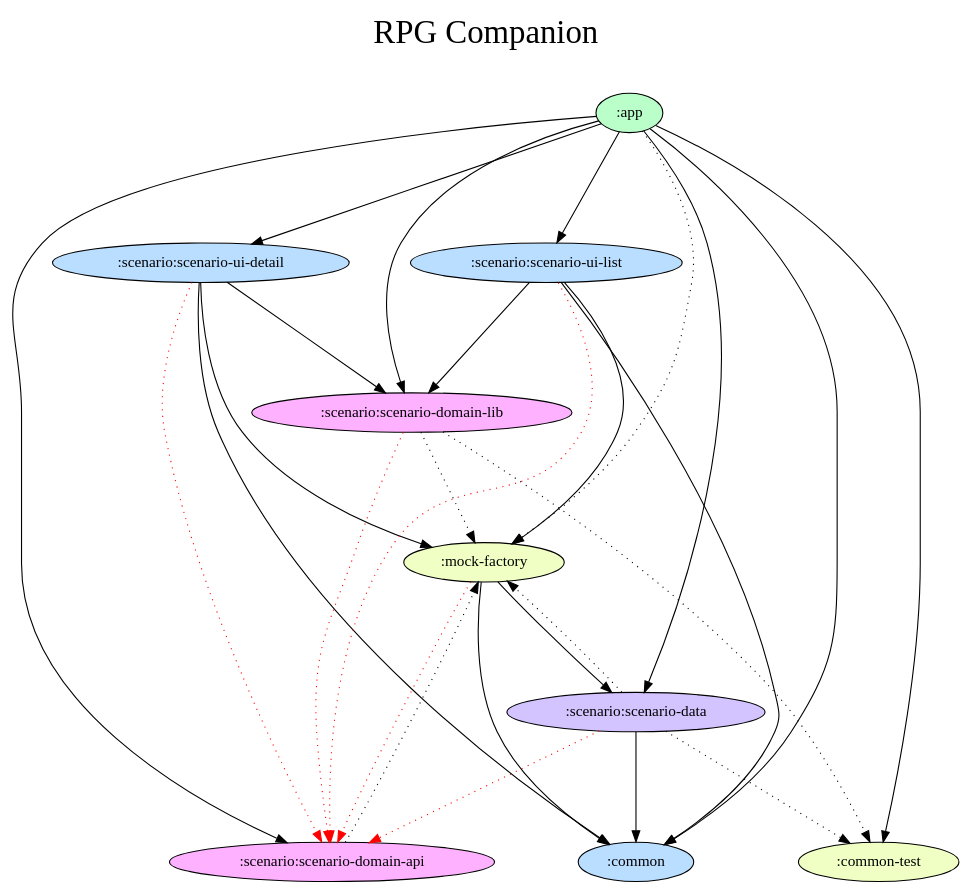
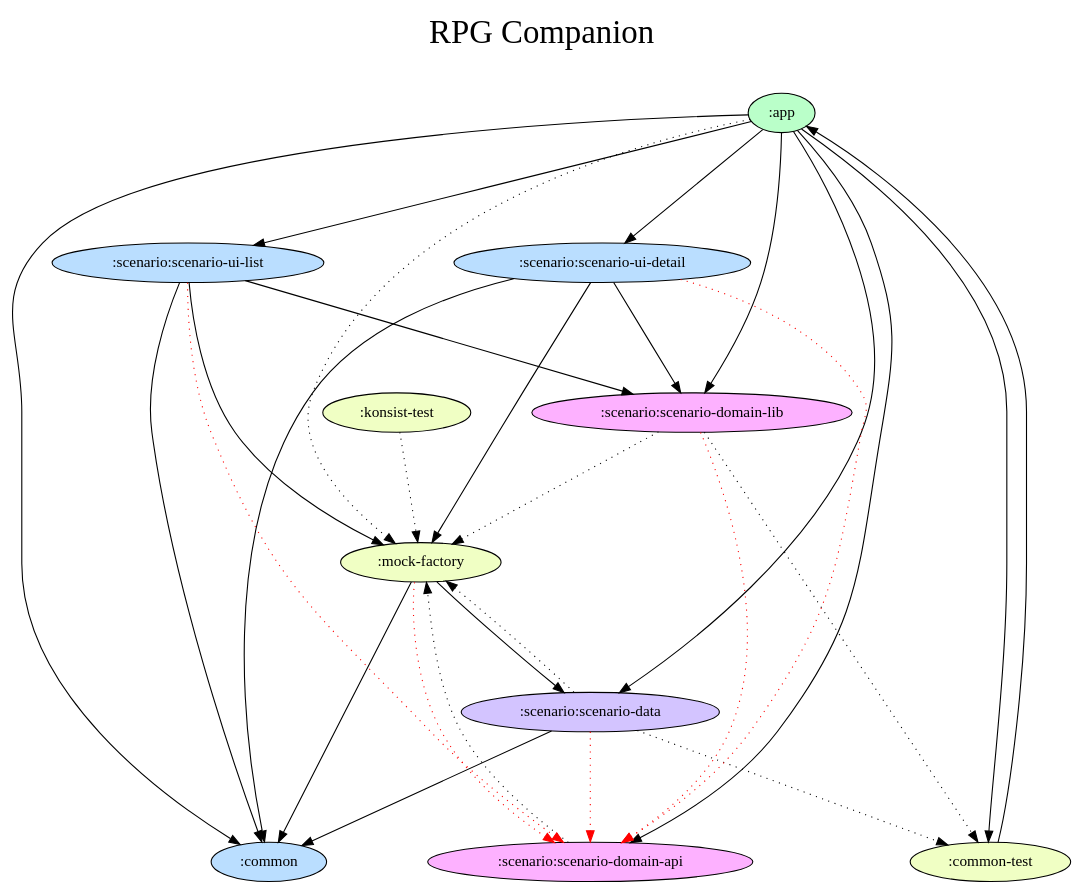
One commit to florentin-v/android-rpg-companion changed the diagram in docs/dependency-graph/project.dot. Above: the diagram before and after it, drawn with Graphviz. The commit also changed 52 other files, not shown here.

```diff
--- a/docs/dependency-graph/project.dot
+++ b/docs/dependency-graph/project.dot
@@ -1,49 +1,52 @@
 digraph {
   graph [label="RPG Companion\n ",labelloc=t,fontsize=30,ranksep=1.4];
   node [style=filled, fillcolor="#bbbbbb"];
   rankdir=TB;
 
   # Projects
 
   ":app" [fillcolor="#baffc9"];
   ":common" [fillcolor="#badeff"];
   ":common-test" [fillcolor="#f0ffc4"];
+  ":konsist-test" [fillcolor="#f0ffc4"];
   ":mock-factory" [fillcolor="#f0ffc4"];
   ":scenario:scenario-data" [fillcolor="#d3c4ff"];
   ":scenario:scenario-domain-api" [fillcolor="#fdb1ff"];
   ":scenario:scenario-domain-lib" [fillcolor="#fdb1ff"];
   ":scenario:scenario-ui-detail" [fillcolor="#badeff"];
   ":scenario:scenario-ui-list" [fillcolor="#badeff"];
 
   {rank = same;}
 
   # Dependencies
 
   ":app" -> ":common" [style=filled, style=filled]
+  ":app" -> ":mock-factory" [style=filled, style=dotted]
   ":app" -> ":scenario:scenario-data" [style=filled, style=filled]
   ":app" -> ":scenario:scenario-domain-lib" [style=filled, style=filled]
   ":app" -> ":scenario:scenario-ui-detail" [style=filled, style=filled]
   ":app" -> ":scenario:scenario-ui-list" [style=filled, style=filled]
   ":app" -> ":common-test" [style=filled]
   ":app" -> ":scenario:scenario-domain-api" [style=filled]
-  ":app" -> ":mock-factory" [style=dotted]
+  ":common-test" -> ":app" [style=filled]
   ":mock-factory" -> ":scenario:scenario-domain-api" [color=red,style=dotted]
   ":mock-factory" -> ":common" [style=filled]
   ":mock-factory" -> ":scenario:scenario-data" [style=filled]
+  ":konsist-test" -> ":mock-factory" [style=dotted]
   ":scenario:scenario-domain-api" -> ":mock-factory" [style=dotted]
   ":scenario:scenario-ui-list" -> ":scenario:scenario-domain-api" [color=red,style=dotted]
   ":scenario:scenario-ui-list" -> ":common" [style=filled]
   ":scenario:scenario-ui-list" -> ":mock-factory" [style=filled]
   ":scenario:scenario-ui-list" -> ":scenario:scenario-domain-lib" [style=filled]
   ":scenario:scenario-domain-lib" -> ":scenario:scenario-domain-api" [color=red,style=dotted]
   ":scenario:scenario-domain-lib" -> ":mock-factory" [style=dotted]
   ":scenario:scenario-domain-lib" -> ":common-test" [style=dotted]
   ":scenario:scenario-data" -> ":scenario:scenario-domain-api" [color=red,style=dotted]
   ":scenario:scenario-data" -> ":common" [style=filled]
   ":scenario:scenario-data" -> ":mock-factory" [style=dotted]
   ":scenario:scenario-data" -> ":common-test" [style=dotted]
   ":scenario:scenario-ui-detail" -> ":scenario:scenario-domain-api" [color=red,style=dotted]
   ":scenario:scenario-ui-detail" -> ":common" [style=filled]
   ":scenario:scenario-ui-detail" -> ":mock-factory" [style=filled]
   ":scenario:scenario-ui-detail" -> ":scenario:scenario-domain-lib" [style=filled]
 }
```
